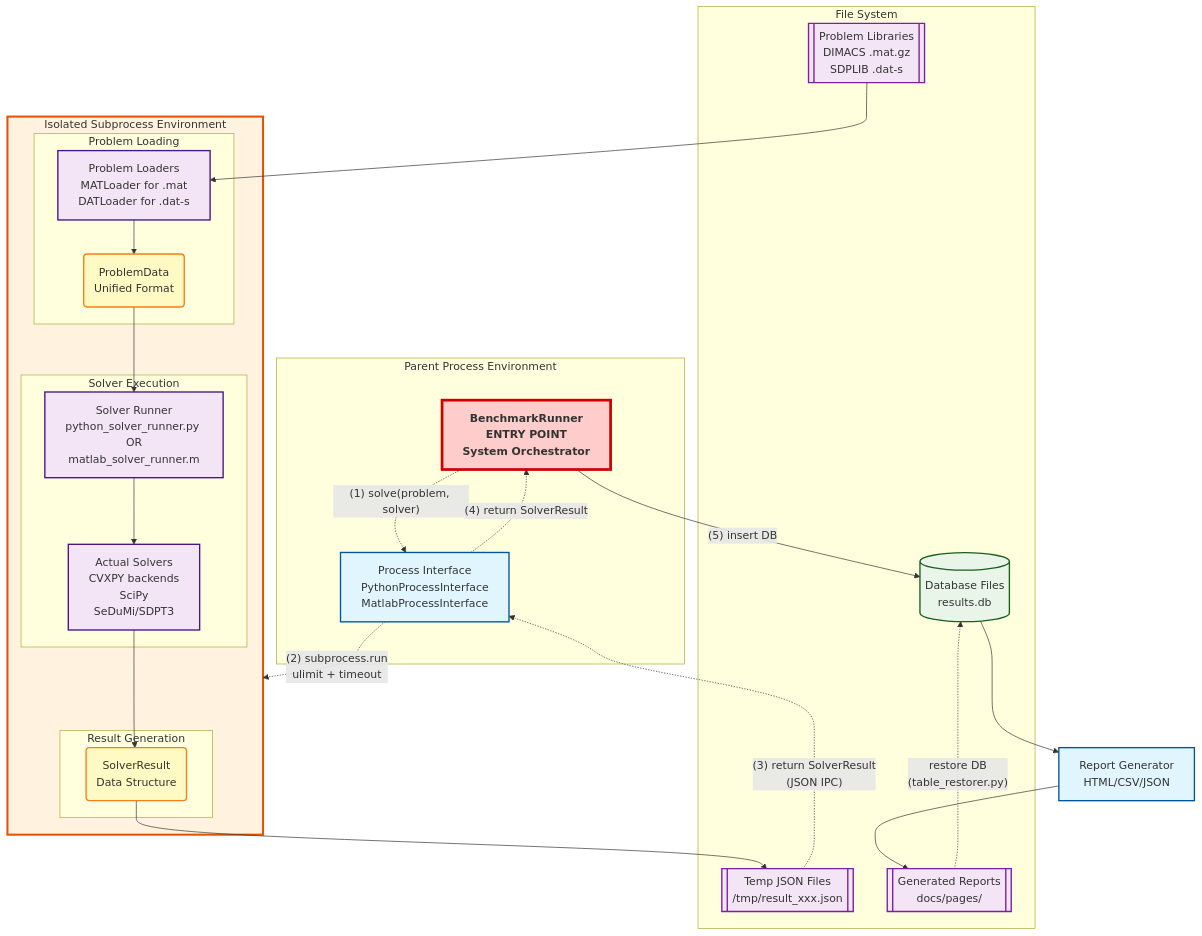
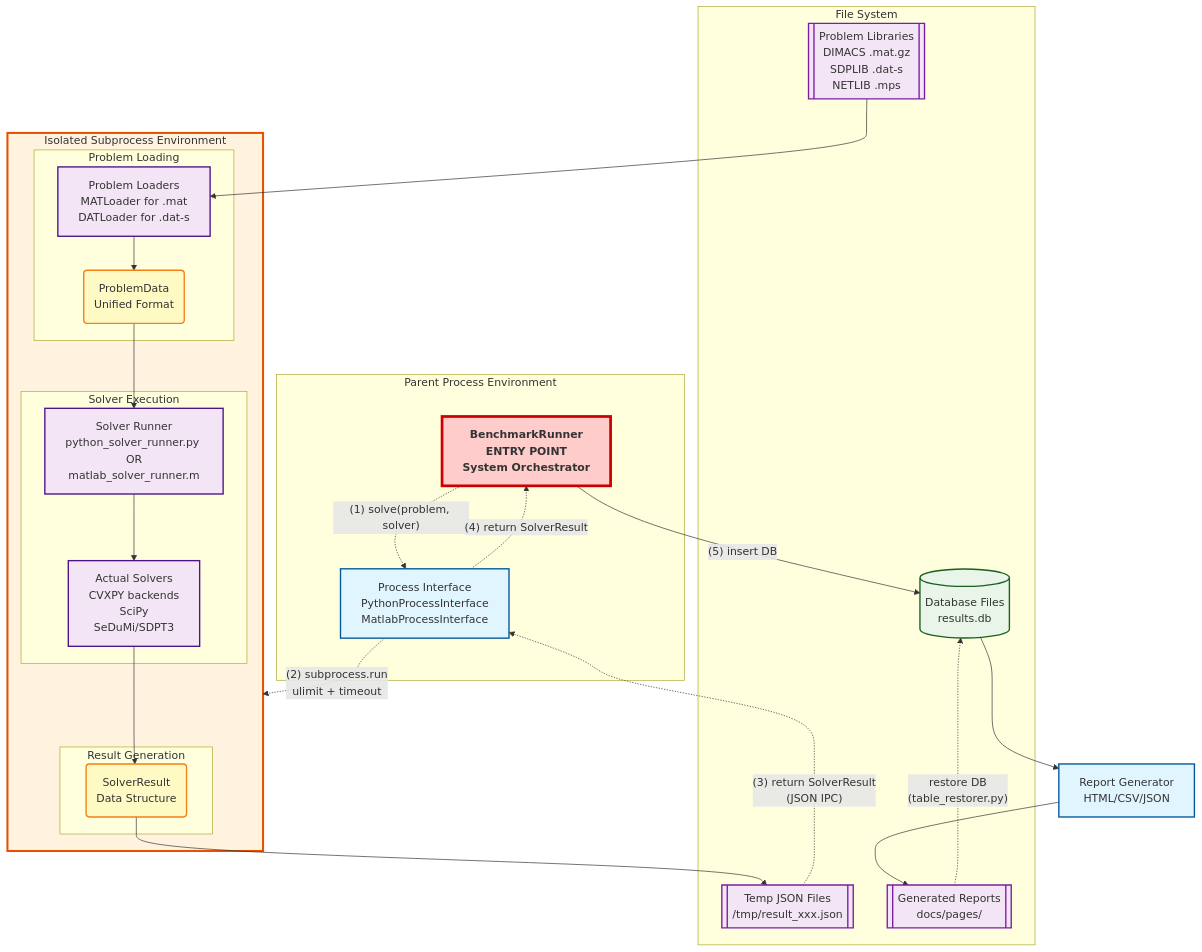
Before and after one commit to napinoco/optimization-solver-benchmark: the diagram in docs/development/detail_design.md, drawn with Mermaid. The commit also changed other lines of this file and 4 other files, not shown here.

````diff
--- a/docs/development/detail_design.md
+++ b/docs/development/detail_design.md
@@ -27,71 +27,71 @@
 ```mermaid
 graph TB
     %% Parent Process Components
     subgraph "Parent Process Environment"
         BR["BenchmarkRunner<br/>ENTRY POINT<br/>System Orchestrator"]
         PI["Process Interface<br/>PythonProcessInterface<br/>MatlabProcessInterface"]
     end
     
     %% Report Generator (separate from parent process)
     RPT["Report Generator<br/>HTML/CSV/JSON"]
     
     %% Isolated Subprocess
     subgraph SUB ["Isolated Subprocess Environment"]
         subgraph "Problem Loading"
             PL["Problem Loaders<br/>MATLoader for .mat<br/>DATLoader for .dat-s"]
             PD("ProblemData<br/>Unified Format")
         end
         
         subgraph "Solver Execution"
             SR["Solver Runner<br/>python_solver_runner.py OR<br/>matlab_solver_runner.m"]
             SOL["Actual Solvers<br/>CVXPY backends<br/>SciPy<br/>SeDuMi/SDPT3"]
         end
         
         subgraph "Result Generation"
             RES("SolverResult<br/>Data Structure")
         end
     end
     
     %% File System Storage
     subgraph "File System"
-        PF[["Problem Libraries<br/>DIMACS .mat.gz<br/>SDPLIB .dat-s"]]
+        PF[["Problem Libraries<br/>DIMACS .mat.gz<br/>SDPLIB .dat-s<br/>NETLIB .mps"]]
         TJ[["Temp JSON Files<br/>/tmp/result_xxx.json"]]
         DBF[("Database Files<br/>results.db")]
         HTML[["Generated Reports<br/>docs/pages/"]]
     end
     
     %% Sequential Execution Flow with Numbers
     BR -.->|"(1) solve(problem, solver)"| PI
     PI -.->|"(2) subprocess.run<br/>ulimit + timeout"| SUB
     
     PF --> PL
     PL --> PD
     PD --> SR
     SR --> SOL
     SOL --> RES
     RES --> TJ
     
     TJ -.->|"(3) return SolverResult<br/>(JSON IPC)"| PI
     PI -.->|"(4) return SolverResult"| BR
     BR -->|"(5) insert DB"| DBF
     DBF --> RPT
     RPT --> HTML
     HTML -.->|"restore DB<br/>(table_restorer.py)"| DBF
     
     %% Styling
     classDef entryPoint fill:#ffcccc,stroke:#cc0000,stroke-width:4px,font-weight:bold
     classDef processBox fill:#e1f5fe,stroke:#01579b,stroke-width:2px
     classDef subprocessBox fill:#f3e5f5,stroke:#4a148c,stroke-width:2px
     classDef internalDataBox fill:#fff9c4,stroke:#f57f17,stroke-width:2px
     classDef databaseBox fill:#e8f5e8,stroke:#1b5e20,stroke-width:2px
     classDef fileBox fill:#f3e5f5,stroke:#7b1fa2,stroke-width:2px
     classDef isolationBox fill:#fff3e0,stroke:#e65100,stroke-width:3px
     
     class BR entryPoint
     class PI,RPT processBox
     class PL,SR,SOL subprocessBox
     class PD,RES internalDataBox
     class DBF databaseBox
     class PF,TJ,HTML fileBox
     class SUB isolationBox
 ```
````
